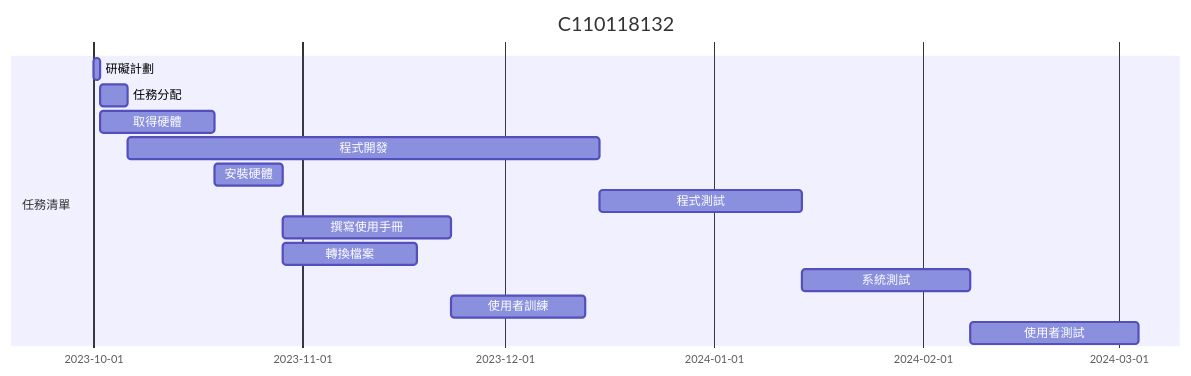
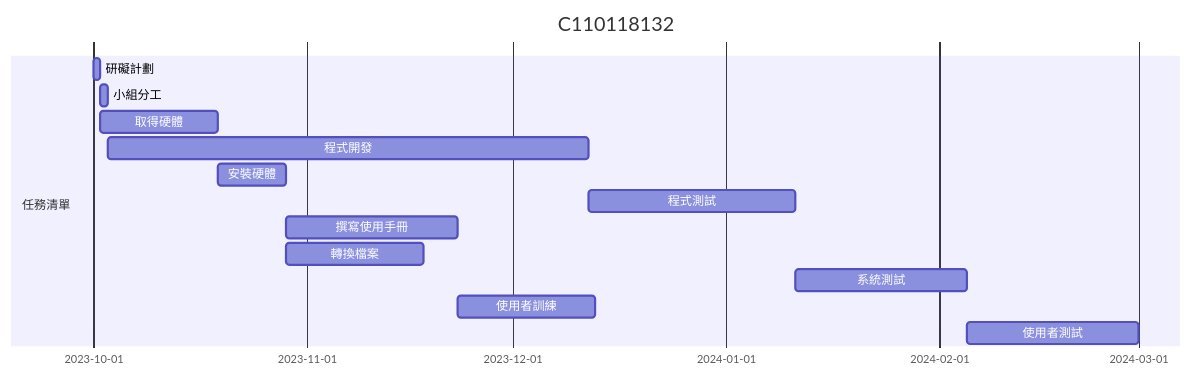
Before and after one commit to MITC110118132/No.11: the diagram in README.md, drawn with Mermaid.

````diff
--- a/README.md
+++ b/README.md
@@ -4,17 +4,17 @@
 ```mermaid
 gantt
     title C110118132
 
     section 任務清單
     研礙計劃           :a1, 2023-10-01, 1d
-    任務分配           :a2, after a1  , 4d
+    小組分工          :a2, after a1  , 1d
     取得硬體           :a3, after a1  , 17d
     程式開發           :a4, after a2  , 70d
     安裝硬體           :a5, after a3  , 10d
     程式測試           :a6, after a4  , 30d
     撰寫使用手冊        :a7, after a5  , 25d
     轉換檔案           :a8, after a5  , 20d
     系統測試           :a9, after a6  , 25d
     使用者訓練         :a10, after a7  , 20d
     使用者測試         :a11, after a9  , 25d
 ```
````
